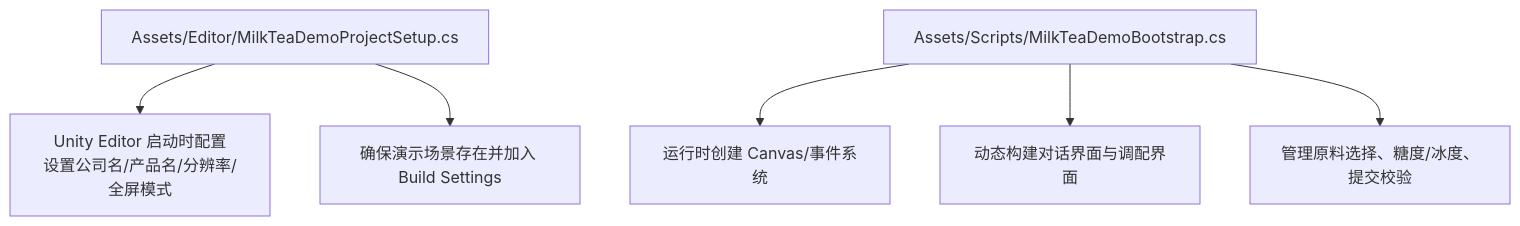
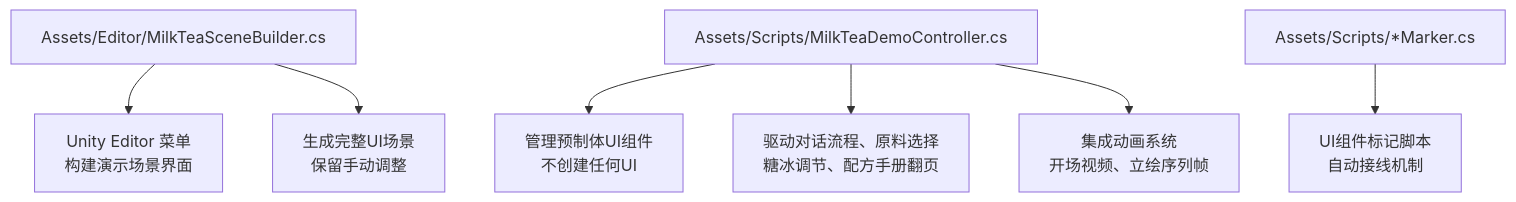
The first of 6 diagrams in .qoder/repowiki/zh/content/扩展开发指南.md (Thanatos42/-demo), drawn with Mermaid before and after one commit. The commit also changed other lines of this file and 56 other files, not shown here.

````diff
--- a/.qoder/repowiki/zh/content/扩展开发指南.md
+++ b/.qoder/repowiki/zh/content/扩展开发指南.md
@@ -27,8 +43,9 @@
 ```mermaid
 graph TB
-A["Assets/Editor/MilkTeaDemoProjectSetup.cs"] --> B["Unity Editor 启动时配置<br/>设置公司名/产品名/分辨率/全屏模式"]
-A --> C["确保演示场景存在并加入 Build Settings"]
-D["Assets/Scripts/MilkTeaDemoBootstrap.cs"] --> E["运行时创建 Canvas/事件系统"]
-D --> F["动态构建对话界面与调配界面"]
-D --> G["管理原料选择、糖度/冰度、提交校验"]
+A["Assets/Editor/MilkTeaSceneBuilder.cs"] --> B["Unity Editor 菜单<br/>构建演示场景界面"]
+A --> C["生成完整UI场景<br/>保留手动调整"]
+D["Assets/Scripts/MilkTeaDemoController.cs"] --> E["管理预制体UI组件<br/>不创建任何UI"]
+D --> F["驱动对话流程、原料选择<br/>糖冰调节、配方手册翻页"]
+D --> G["集成动画系统<br/>开场视频、立绘序列帧"]
+H["Assets/Scripts/*Marker.cs"] --> I["UI组件标记脚本<br/>自动接线机制"]
 ```
````
